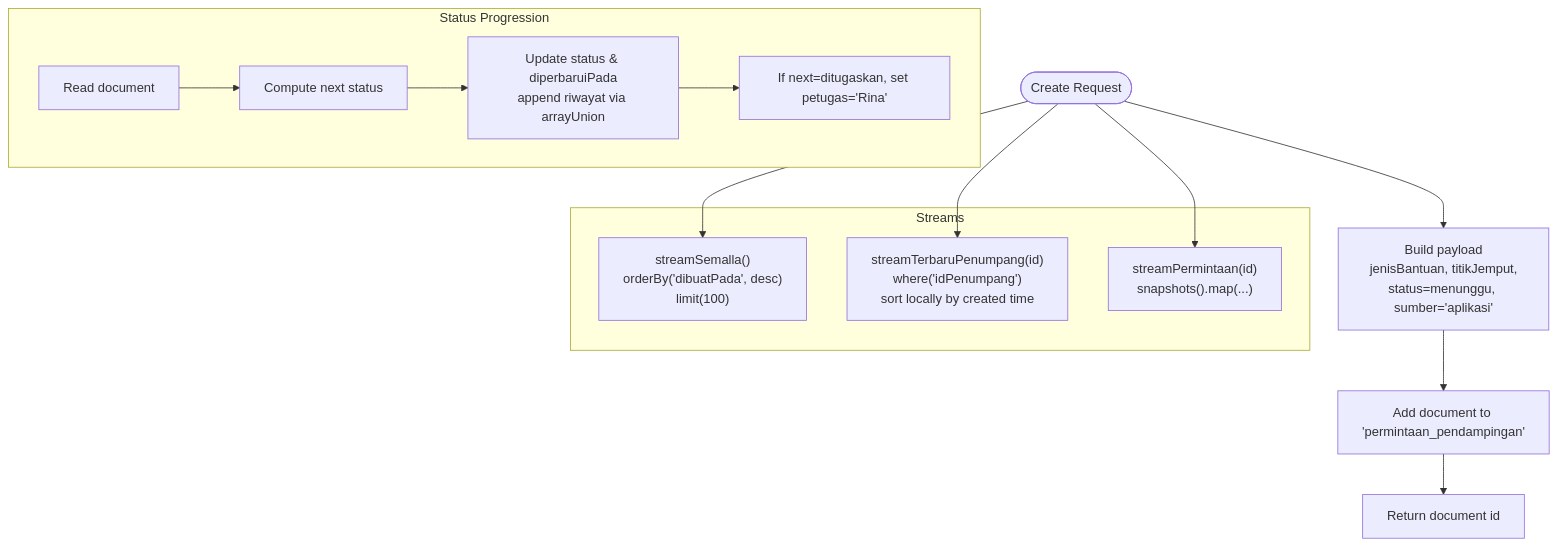
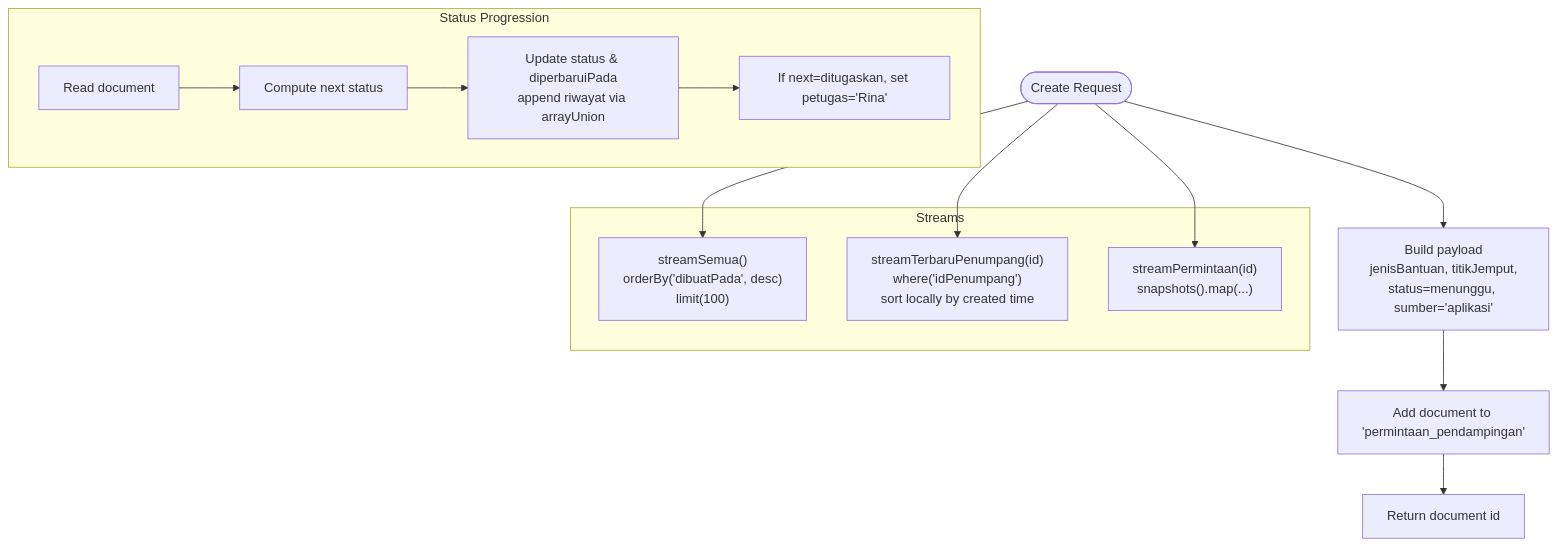
Before and after one commit to rdsarjito/whoosh-ramah: the fifth of 9 diagrams in .qoder/repowiki/en/content/Mobile Application/Mobile Application.md, drawn with Mermaid. The commit also changed other lines of this file and 68 other files, not shown here.

````diff
--- a/.qoder/repowiki/en/content/Mobile Application/Mobile Application.md
+++ b/.qoder/repowiki/en/content/Mobile Application/Mobile Application.md
@@ -234,23 +319,23 @@
 ```mermaid
 flowchart TD
 Start(["Create Request"]) --> BuildData["Build payload<br/>jenisBantuan, titikJemput,<br/>status=menunggu, sumber='aplikasi'"]
 BuildData --> AddDoc["Add document to 'permintaan_pendampingan'"]
 AddDoc --> ReturnId["Return document id"]
 subgraph "Streams"
-AllTasks["streamSemalla()<br/>orderBy('dibuatPada', desc)<br/>limit(100)"]
+AllTasks["streamSemua()<br/>orderBy('dibuatPada', desc)<br/>limit(100)"]
 LatestForPassenger["streamTerbaruPenumpang(id)<br/>where('idPenumpang')<br/>sort locally by created time"]
 SingleDoc["streamPermintaan(id)<br/>snapshots().map(...)"]
 end
 subgraph "Status Progression"
 ReadDoc["Read document"]
 NextStatus["Compute next status"]
 UpdateFields["Update status & diperbaruiPada<br/>append riwayat via arrayUnion"]
 AssignStaff["If next=ditugaskan, set petugas='Rina'"]
 end
 Start --> AllTasks
 Start --> LatestForPassenger
 Start --> SingleDoc
 ReadDoc --> NextStatus
 NextStatus --> UpdateFields
 UpdateFields --> AssignStaff
 ```
````
